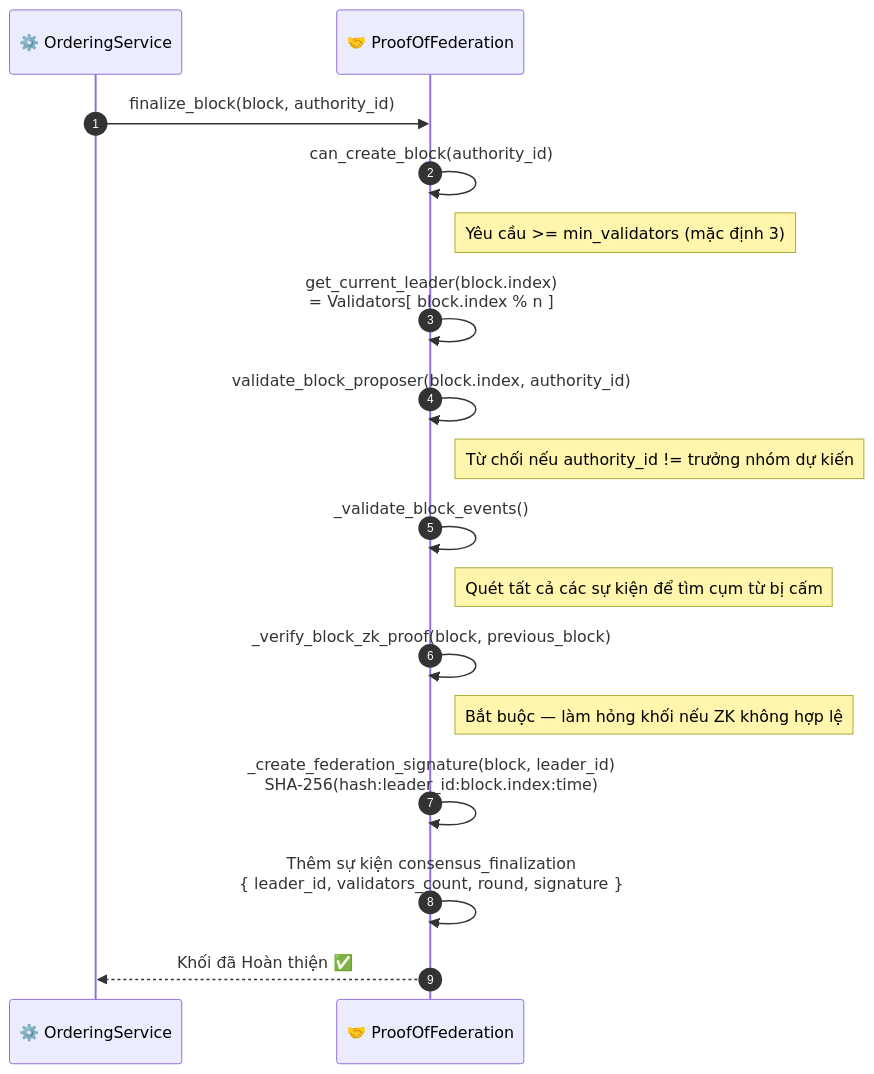
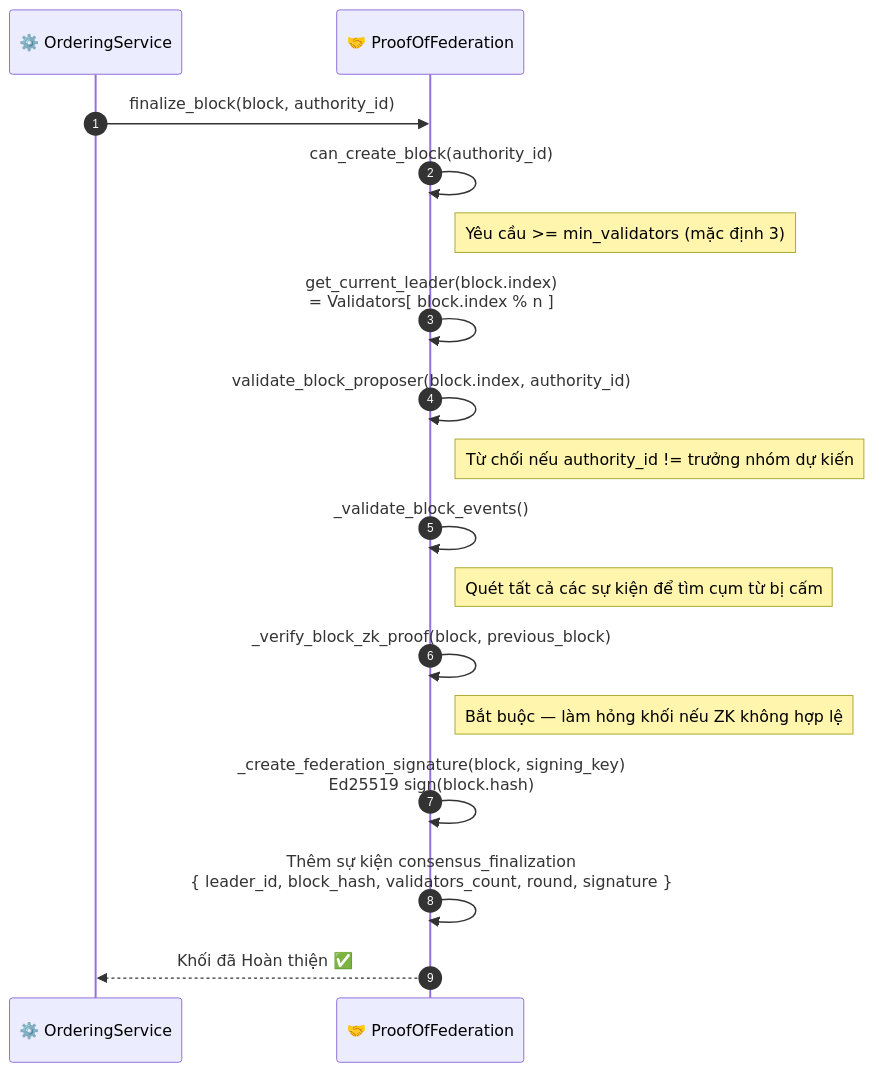
Before and after one commit to VanDung-dev/HieraChain: the second of 2 diagrams in docs/vi/workflows/consensus_mechanisms.md, drawn with Mermaid. The commit also changed other lines of this file and 25 other files, not shown here.

````diff
--- a/docs/vi/workflows/consensus_mechanisms.md
+++ b/docs/vi/workflows/consensus_mechanisms.md
@@ -71,20 +71,20 @@
 ```mermaid
 sequenceDiagram
     autonumber
     participant OS as ⚙️ OrderingService
     participant POF as 🤝 ProofOfFederation
 
     OS->>POF: finalize_block(block, authority_id)
     POF->>POF: can_create_block(authority_id)
     Note right of POF: Yêu cầu >= min_validators (mặc định 3)
     POF->>POF: get_current_leader(block.index)<br/>= Validators[ block.index % n ]
     POF->>POF: validate_block_proposer(block.index, authority_id)
     Note right of POF: Từ chối nếu authority_id != trưởng nhóm dự kiến
     POF->>POF: _validate_block_events()
     Note right of POF: Quét tất cả các sự kiện để tìm cụm từ bị cấm
     POF->>POF: _verify_block_zk_proof(block, previous_block)
     Note right of POF: Bắt buộc — làm hỏng khối nếu ZK không hợp lệ
-    POF->>POF: _create_federation_signature(block, leader_id)<br/>SHA-256(hash:leader_id:block.index:time)
-    POF->>POF: Thêm sự kiện consensus_finalization<br/>{ leader_id, validators_count, round, signature }
+    POF->>POF: _create_federation_signature(block, signing_key)<br/>Ed25519 sign(block.hash)
+    POF->>POF: Thêm sự kiện consensus_finalization<br/>{ leader_id, block_hash, validators_count, round, signature }
     POF-->>OS: Khối đã Hoàn thiện ✅
 ```
````
